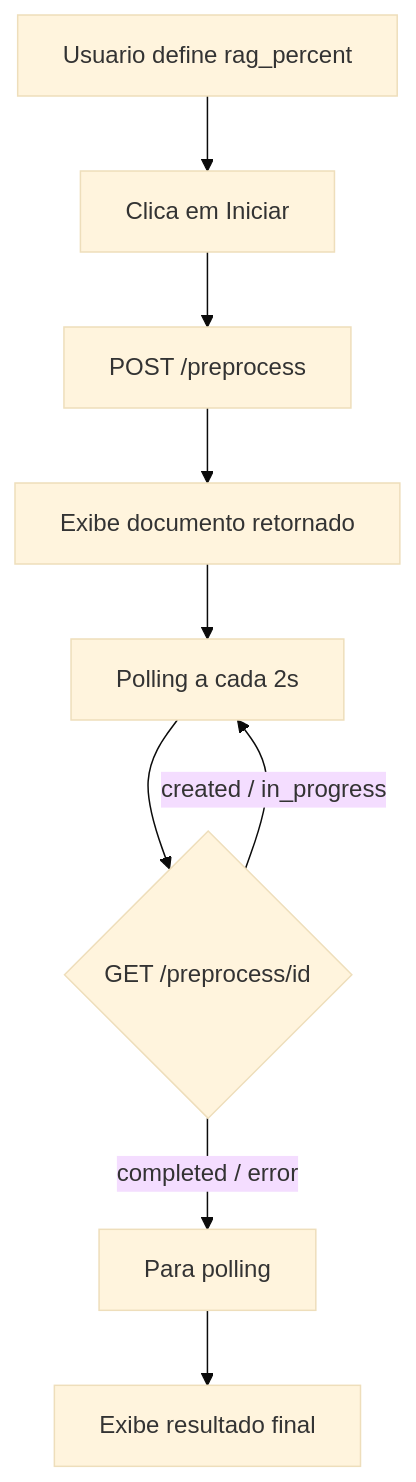
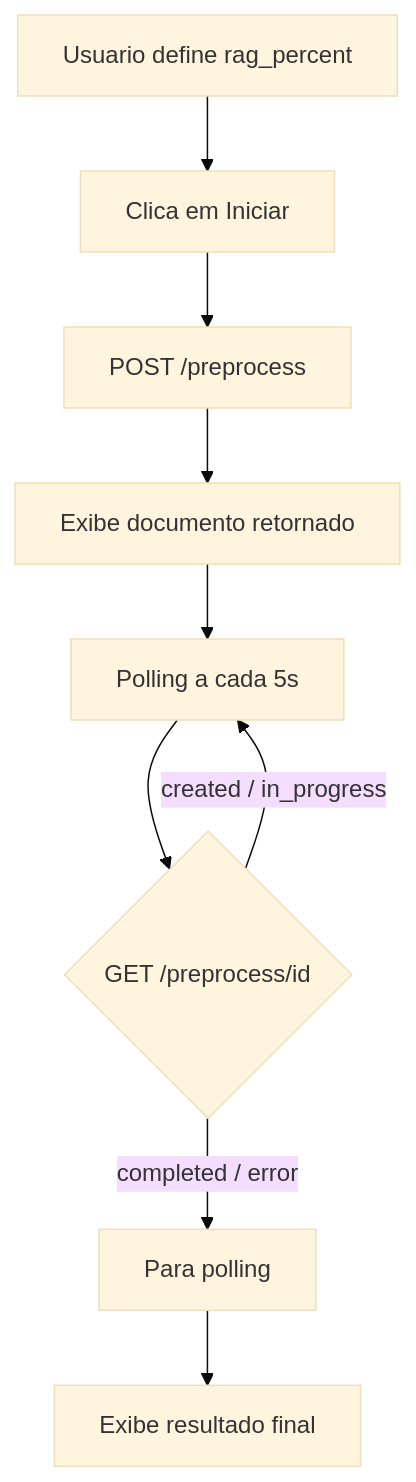
One commit to vagner-nascimento/fiap-pos-ia-para-devs-fase3-tech-challenge changed the diagram in frontend/README.md. Above: the diagram before and after it, drawn with Mermaid (base theme). The commit also changed other lines of this file and 4 other files, not shown here.

````diff
--- a/frontend/README.md
+++ b/frontend/README.md
@@ -119,11 +119,11 @@
 ```mermaid
 flowchart TD
     A[Usuario define rag_percent] --> B[Clica em Iniciar]
     B --> C[POST /preprocess]
     C --> D[Exibe documento retornado]
-    D --> E[Polling a cada 2s]
+    D --> E[Polling a cada 5s]
     E --> F{GET /preprocess/id}
     F -->|created / in_progress| E
     F -->|completed / error| G[Para polling]
     G --> H[Exibe resultado final]
 ```
````
